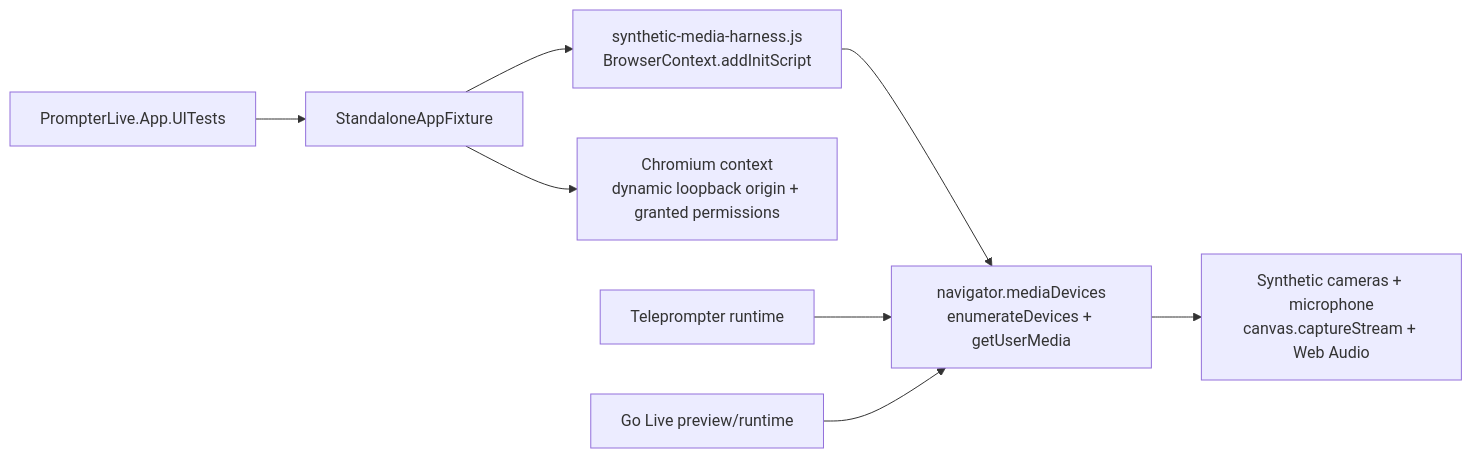
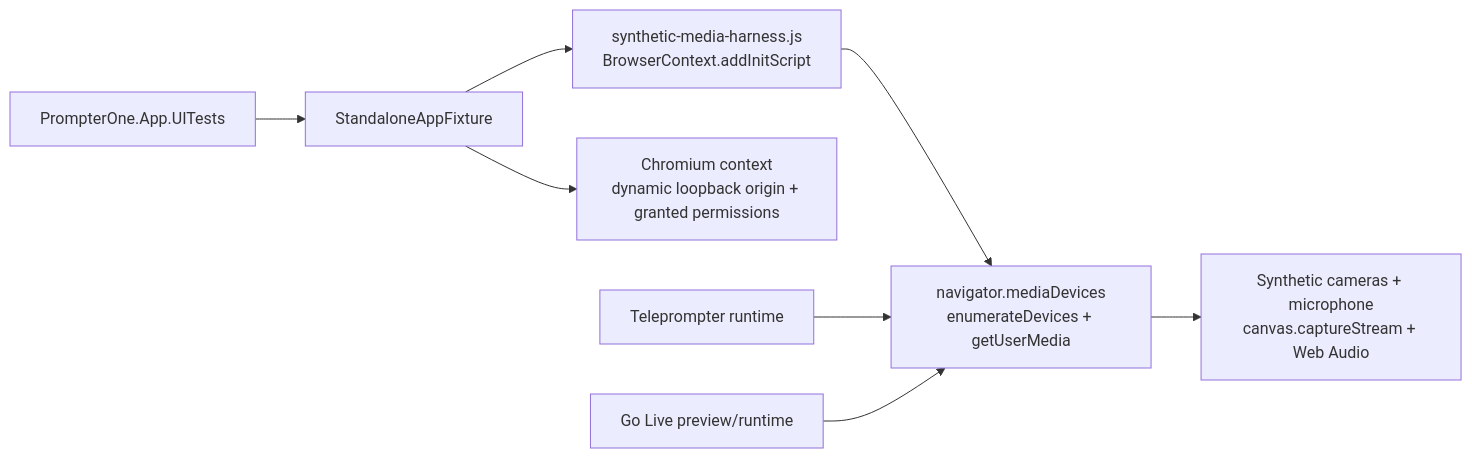
Before and after one commit to managedcode/PrompterOne: the eighth of 12 diagrams in docs/Architecture.md, drawn with Mermaid. The commit also changed other lines of this file and 895 other files, not shown here.

Commit message:
rename to PrompterOne

````diff
--- a/docs/Architecture.md
+++ b/docs/Architecture.md
@@ -289,19 +289,19 @@
 ```mermaid
 flowchart LR
-    UITests["PrompterLive.App.UITests"]
+    UITests["PrompterOne.App.UITests"]
     Fixture["StandaloneAppFixture"]
     InitScript["synthetic-media-harness.js<br/>BrowserContext.addInitScript"]
     Browser["Chromium context<br/>dynamic loopback origin + granted permissions"]
     MediaApis["navigator.mediaDevices<br/>enumerateDevices + getUserMedia"]
     Synthetic["Synthetic cameras + microphone<br/>canvas.captureStream + Web Audio"]
     Reader["Teleprompter runtime"]
     GoLive["Go Live preview/runtime"]
 
     UITests --> Fixture
     Fixture --> InitScript
     Fixture --> Browser
     InitScript --> MediaApis
     MediaApis --> Synthetic
     Reader --> MediaApis
     GoLive --> MediaApis
 ```
````
